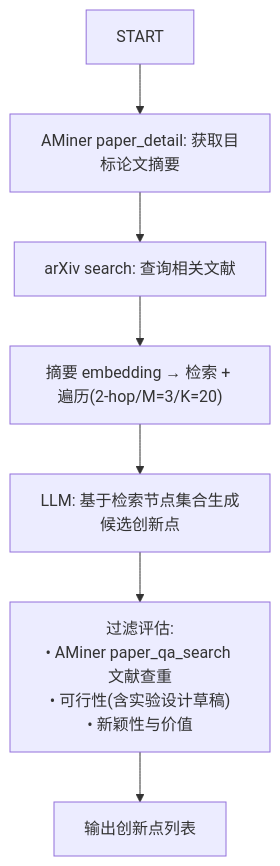
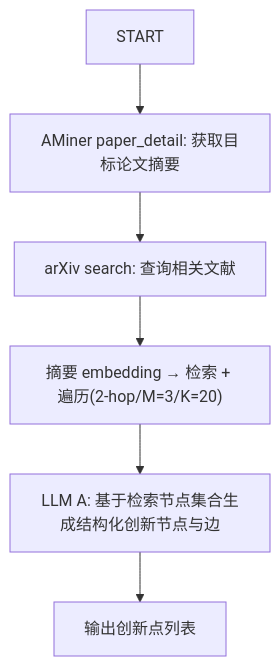
One commit to cheanus/IdeaForgeX changed the third of 3 diagrams in doc/design.md. Above: the diagram before and after it, drawn with Mermaid. The commit also changed other lines of this file and 16 other files, not shown here.

````diff
--- a/doc/design.md
+++ b/doc/design.md
@@ -159,10 +153,9 @@
 ```mermaid
 flowchart TD
     S["START"]
     S --> P1["AMiner paper_detail: 获取目标论文摘要"]
     P1 --> P2["arXiv search: 查询相关文献"]
     P2 --> P3["摘要 embedding → 检索 + 遍历(2-hop/M=3/K=20)"]
-    P3 --> P4["LLM: 基于检索节点集合生成候选创新点"]
-    P4 --> P5["过滤评估:<br/>• AMiner paper_qa_search 文献查重<br/>• 可行性(含实验设计草稿)<br/>• 新颖性与价值"]
-    P5 --> O["输出创新点列表"]
+    P3 --> P4["LLM A: 基于检索节点集合生成结构化创新节点与边"]
+    P4 --> O["输出创新点列表"]
 ```
````
